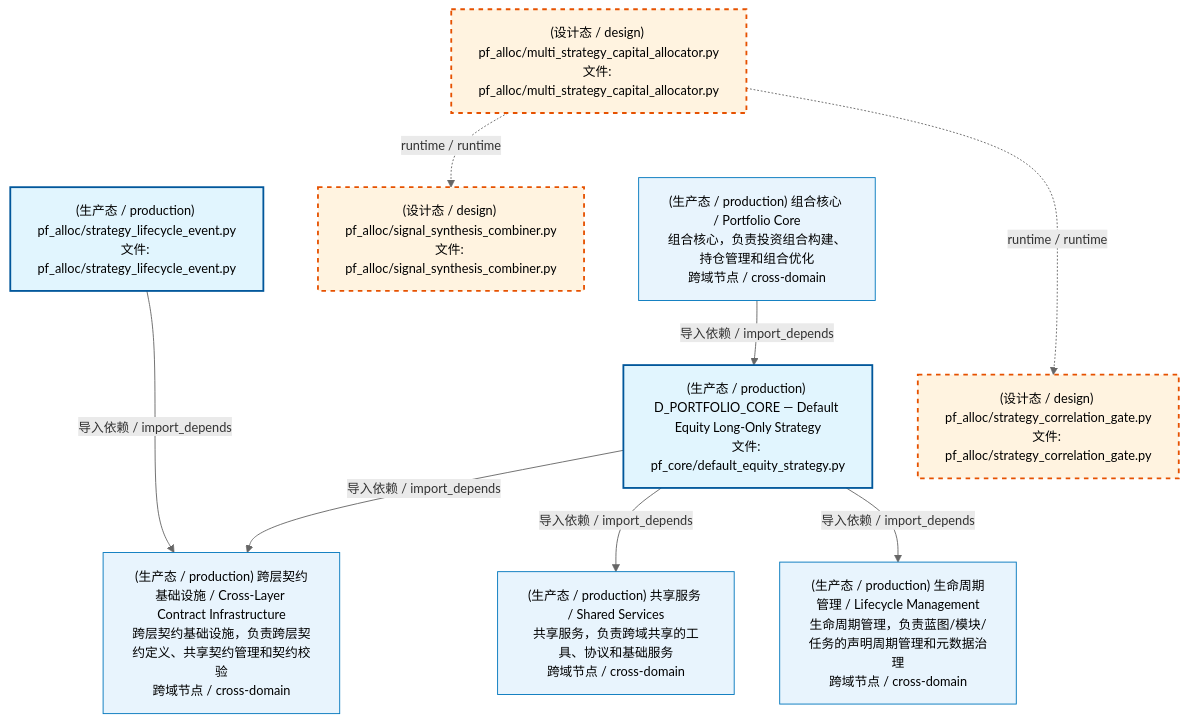
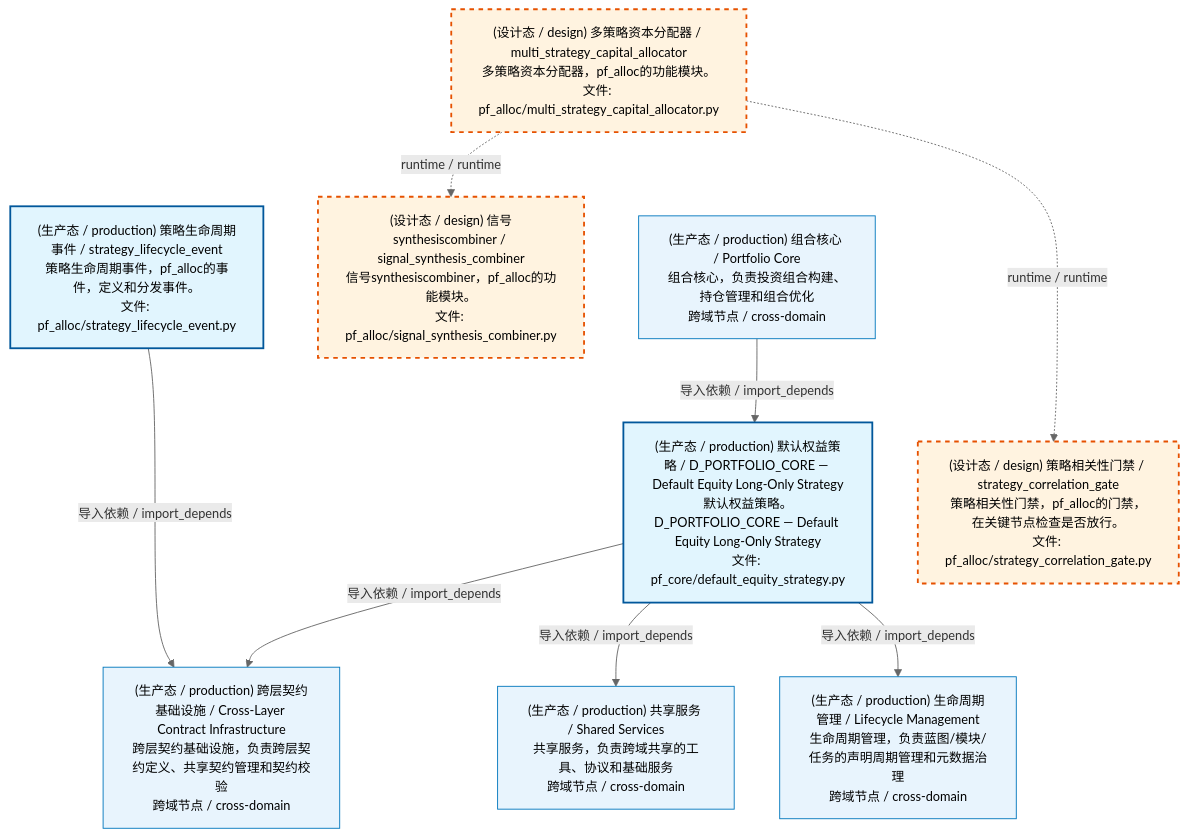
Before and after one commit to xuanFelixVan/ZephyrAlpha: the first of 4 diagrams in docs/02_enterprise_architecture/02_domain_architecture_docs/62_d_pf_alloc.md, drawn with Mermaid. The commit also changed other lines of this file and 60 other files, not shown here.

````diff
--- a/docs/02_enterprise_architecture/02_domain_architecture_docs/62_d_pf_alloc.md
+++ b/docs/02_enterprise_architecture/02_domain_architecture_docs/62_d_pf_alloc.md
@@ -53,30 +53,30 @@
 ```mermaid
 %%{init: {'theme': 'base', 'themeVariables': {'primaryColor': '#eaeaea', 'primaryTextColor': '#333333', 'primaryBorderColor': '#666666', 'lineColor': '#666666', 'secondaryColor': '#eaeaea', 'tertiaryColor': '#eaeaea', 'fontSize': '14px'}}}%%
 flowchart TD
-    src_zephyr_pf_alloc_multi_strategy_capital_allocator_py["(设计态 / design) pf_alloc/multi_strategy_capital_allocator.py<br/>文件: pf_alloc/multi_strategy_capital_allocator.py"]
-    src_zephyr_pf_alloc_strategy_lifecycle_event_py["(生产态 / production) pf_alloc/strategy_lifecycle_event.py<br/>文件: pf_alloc/strategy_lifecycle_event.py"]
-    src_zephyr_pf_core_default_equity_strategy_py["(生产态 / production) D_PORTFOLIO_CORE — Default Equity Long-Only Strategy<br/>文件: pf_core/default_equity_strategy.py"]
+    src_zephyr_pf_alloc_multi_strategy_capital_allocator_py["(设计态 / design) 多策略资本分配器 / multi_strategy_capital_allocator<br/>多策略资本分配器，pf_alloc的功能模块。<br/>文件: pf_alloc/multi_strategy_capital_allocator.py"]
+    src_zephyr_pf_alloc_strategy_lifecycle_event_py["(生产态 / production) 策略生命周期事件 / strategy_lifecycle_event<br/>策略生命周期事件，pf_alloc的事件，定义和分发事件。<br/>文件: pf_alloc/strategy_lifecycle_event.py"]
+    src_zephyr_pf_core_default_equity_strategy_py["(生产态 / production) 默认权益策略 / D_PORTFOLIO_CORE — Default Equity Long-Only Strategy<br/>默认权益策略。D_PORTFOLIO_CORE — Default Equity Long-Only Strategy<br/>文件: pf_core/default_equity_strategy.py"]
     src_zephyr_pf_alloc_multi_strategy_capital_allocator_py ~~~ src_zephyr_pf_alloc_strategy_lifecycle_event_py
     src_zephyr_pf_alloc_strategy_lifecycle_event_py ~~~ src_zephyr_pf_core_default_equity_strategy_py
-    src_zephyr_pf_alloc_signal_synthesis_combiner_py["(设计态 / design) pf_alloc/signal_synthesis_combiner.py<br/>文件: pf_alloc/signal_synthesis_combiner.py"]
-    src_zephyr_pf_alloc_strategy_correlation_gate_py["(设计态 / design) pf_alloc/strategy_correlation_gate.py<br/>文件: pf_alloc/strategy_correlation_gate.py"]
+    src_zephyr_pf_alloc_signal_synthesis_combiner_py["(设计态 / design) 信号synthesiscombiner / signal_synthesis_combiner<br/>信号synthesiscombiner，pf_alloc的功能模块。<br/>文件: pf_alloc/signal_synthesis_combiner.py"]
+    src_zephyr_pf_alloc_strategy_correlation_gate_py["(设计态 / design) 策略相关性门禁 / strategy_correlation_gate<br/>策略相关性门禁，pf_alloc的门禁，在关键节点检查是否放行。<br/>文件: pf_alloc/strategy_correlation_gate.py"]
     src_zephyr_pf_alloc_signal_synthesis_combiner_py ~~~ src_zephyr_pf_alloc_strategy_correlation_gate_py
     src_zephyr_pf_alloc_multi_strategy_capital_allocator_py -.->|runtime / runtime| src_zephyr_pf_alloc_signal_synthesis_combiner_py
     src_zephyr_pf_alloc_multi_strategy_capital_allocator_py -.->|runtime / runtime| src_zephyr_pf_alloc_strategy_correlation_gate_py
     D_INFRASTRUCTURE["(生产态 / production) 跨层契约基础设施 / Cross-Layer Contract Infrastructure<br/>跨层契约基础设施，负责跨层契约定义、共享契约管理和契约校验<br/>跨域节点 / cross-domain"]
     src_zephyr_pf_core_default_equity_strategy_py -->|导入依赖 / import_depends| D_INFRASTRUCTURE
     src_zephyr_pf_alloc_strategy_lifecycle_event_py -->|导入依赖 / import_depends| D_INFRASTRUCTURE
     D_SHARED["(生产态 / production) 共享服务 / Shared Services<br/>共享服务，负责跨域共享的工具、协议和基础服务<br/>跨域节点 / cross-domain"]
     src_zephyr_pf_core_default_equity_strategy_py -->|导入依赖 / import_depends| D_SHARED
     D_GOVERNANCE["(生产态 / production) 生命周期管理 / Lifecycle Management<br/>生命周期管理，负责蓝图/模块/任务的声明周期管理和元数据治理<br/>跨域节点 / cross-domain"]
     src_zephyr_pf_core_default_equity_strategy_py -->|导入依赖 / import_depends| D_GOVERNANCE
     D_PF_CORE["(生产态 / production) 组合核心 / Portfolio Core<br/>组合核心，负责投资组合构建、持仓管理和组合优化<br/>跨域节点 / cross-domain"]
     D_PF_CORE -->|导入依赖 / import_depends| src_zephyr_pf_core_default_equity_strategy_py
     classDef production fill:#e1f5fe,stroke:#01579b,stroke-width:2px,color:#000
     classDef design fill:#fff3e0,stroke:#e65100,stroke-width:2px,color:#000,stroke-dasharray: 5 5
     classDef external_prod fill:#e8f4fd,stroke:#0277bd,stroke-width:1px,color:#000
     classDef external_design fill:#fff8e7,stroke:#ef6c00,stroke-width:1px,color:#000,stroke-dasharray: 5 5
     class src_zephyr_pf_alloc_strategy_lifecycle_event_py,src_zephyr_pf_core_default_equity_strategy_py production
     class src_zephyr_pf_alloc_multi_strategy_capital_allocator_py,src_zephyr_pf_alloc_signal_synthesis_combiner_py,src_zephyr_pf_alloc_strategy_correlation_gate_py design
     class D_INFRASTRUCTURE,D_SHARED,D_GOVERNANCE,D_PF_CORE external_prod
 ```
````
